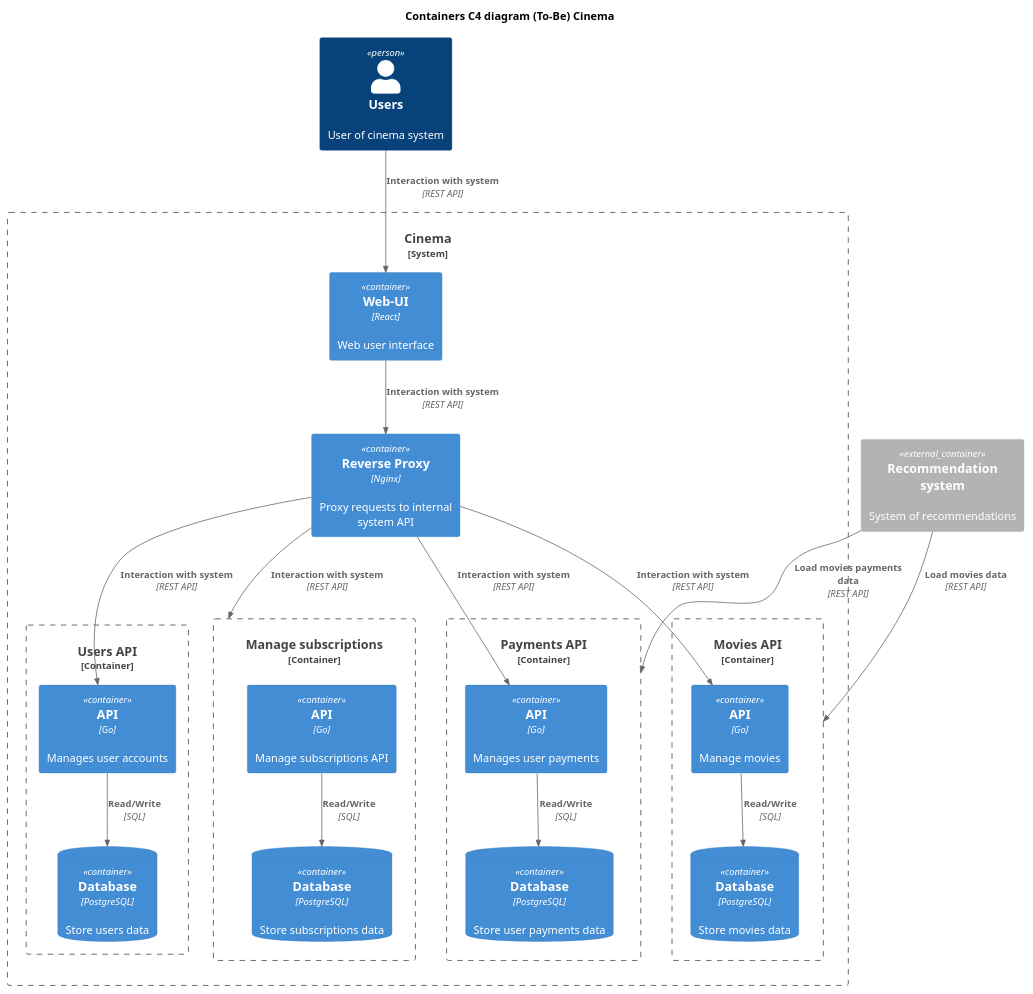
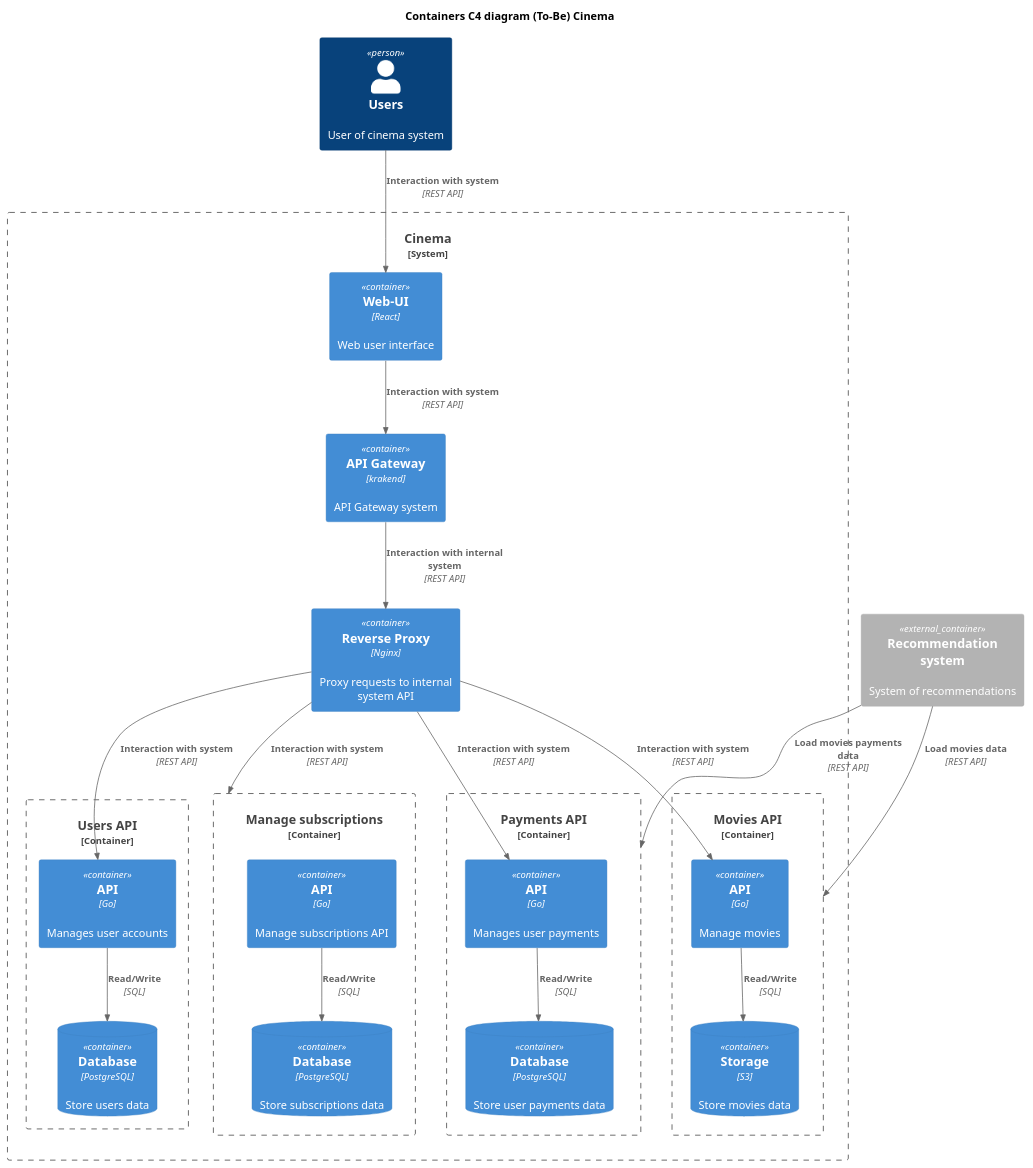
The diagram in docs/diagrams/c4-to-be-containers-diagram.puml (breadrock1/architecture-cinemaabyss), drawn with PlantUML before and after one commit.

Commit message:
chore(docs): updated c4 context diagram

```diff
--- a/docs/diagrams/c4-to-be-containers-diagram.puml
+++ b/docs/diagrams/c4-to-be-containers-diagram.puml
@@ -1,48 +1,51 @@
 @startuml containers
 !include https://raw.githubusercontent.com/plantuml-stdlib/C4-PlantUML/master/C4_Context.puml
 !include https://raw.githubusercontent.com/plantuml-stdlib/C4-PlantUML/master/C4_Container.puml
 
 title "Containers C4 diagram (To-Be) Cinema"
 
 Person(user, "Users", "User of cinema system")
 
 System_Boundary(system, "Cinema") {
     Container_Boundary(users, "Users API") {
         Container(users_api, "API", "Go", "Manages user accounts")
         ContainerDb(users_db, "Database", "PostgreSQL", "Store users data")
         Rel(users_api, users_db, "Read/Write", "SQL")
     }
 
     Container_Boundary(payments, "Payments API") {
         Container(payments_api, "API", "Go", "Manages user payments")
         ContainerDb(payments_db, "Database", "PostgreSQL", "Store user payments data")
         Rel(payments_api, payments_db, "Read/Write", "SQL")
     }
 
     Container_Boundary(movies, "Movies API") {
         Container(movies_api, "API", "Go", "Manage movies")
-        ContainerDb(movies_db, "Database", "PostgreSQL", "Store movies data")
-        Rel(movies_api, movies_db, "Read/Write", "SQL")
+        ContainerDb(movies_storage, "Storage", "S3", "Store movies data")
+        Rel(movies_api, movies_storage, "Read/Write", "SQL")
     }
 
     Container_Boundary(subscriptions, "Manage subscriptions") {
         Container(subscriptions_api, "API", "Go", "Manage subscriptions API")
         ContainerDb(subscriptions_db, "Database", "PostgreSQL", "Store subscriptions data")
         Rel(subscriptions_api, subscriptions_db, "Read/Write", "SQL")
     }
 
     Container(web_app, "Web-UI", "React", "Web user interface")
     Rel(user, web_app, "Interaction with system", "REST API")
 
+    Container(gateway, "API Gateway", "krakend", "API Gateway system")
+    Rel(web_app, gateway, "Interaction with system", "REST API")
+
     Container(reverse_proxy, "Reverse Proxy", "Nginx", "Proxy requests to internal system API")
-    Rel(web_app, reverse_proxy, "Interaction with system", "REST API")
+    Rel(gateway, reverse_proxy, "Interaction with internal system", "REST API")
     Rel(reverse_proxy, users_api, "Interaction with system", "REST API")
     Rel(reverse_proxy, payments_api, "Interaction with system", "REST API")
     Rel(reverse_proxy, movies_api, "Interaction with system", "REST API")
     Rel(reverse_proxy, subscriptions, "Interaction with system", "REST API")
 }
 
 Container_Ext(recommends, "Recommendation system", $descr="System of recommendations")
 Rel(recommends, payments, "Load movies payments data", "REST API")
 Rel(recommends, movies, "Load movies data", "REST API")
 @enduml
```
